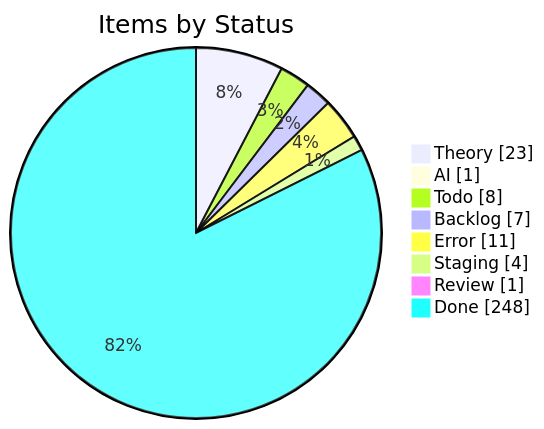
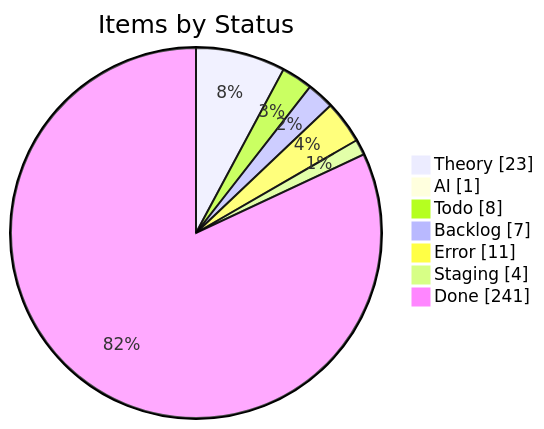
The first of 4 diagrams in apps/kbve/astro-kbve/src/content/docs/dashboard/kanban-data.mdx (KBVE/kbve), drawn with Mermaid before and after one commit. The commit also changed other lines of this file and 8 other files, not shown here.

````diff
--- a/apps/kbve/astro-kbve/src/content/docs/dashboard/kanban-data.mdx
+++ b/apps/kbve/astro-kbve/src/content/docs/dashboard/kanban-data.mdx
@@ -55,12 +55,11 @@
 ```mermaid
 pie showData
     title Items by Status
     "Theory" : 23
     "AI" : 1
     "Todo" : 8
     "Backlog" : 7
     "Error" : 11
     "Staging" : 4
-    "Review" : 1
-    "Done" : 248
+    "Done" : 241
 ```
````
